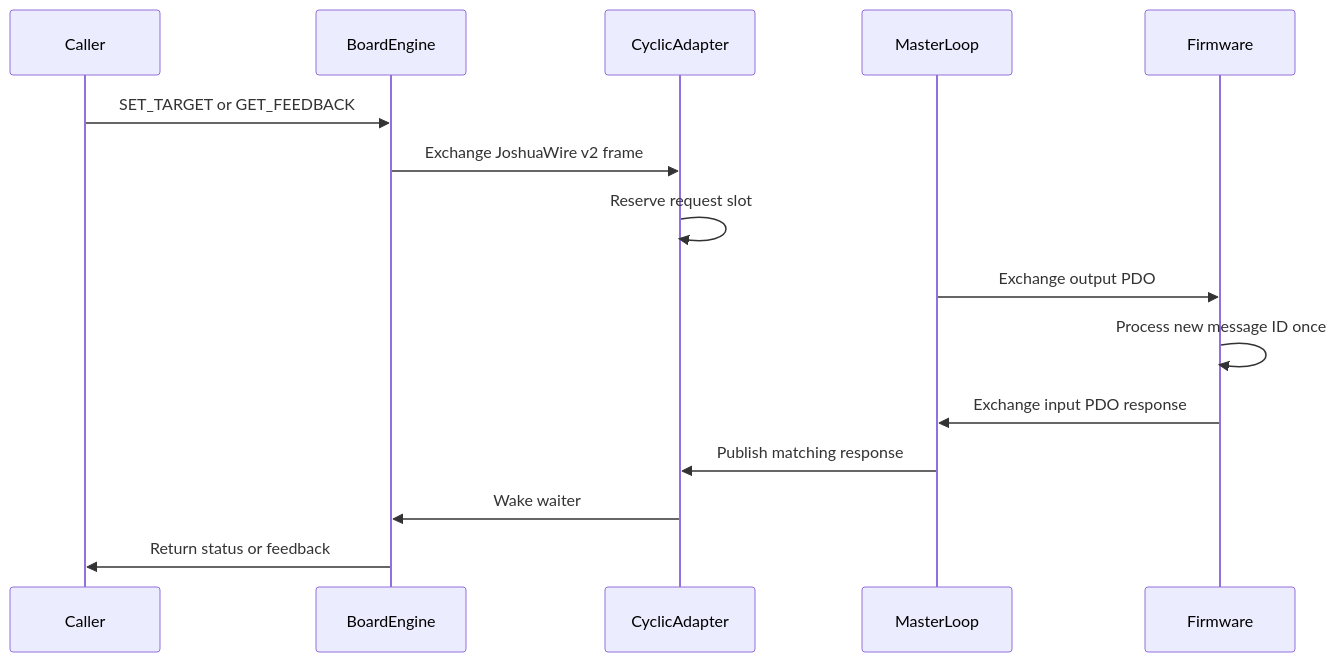
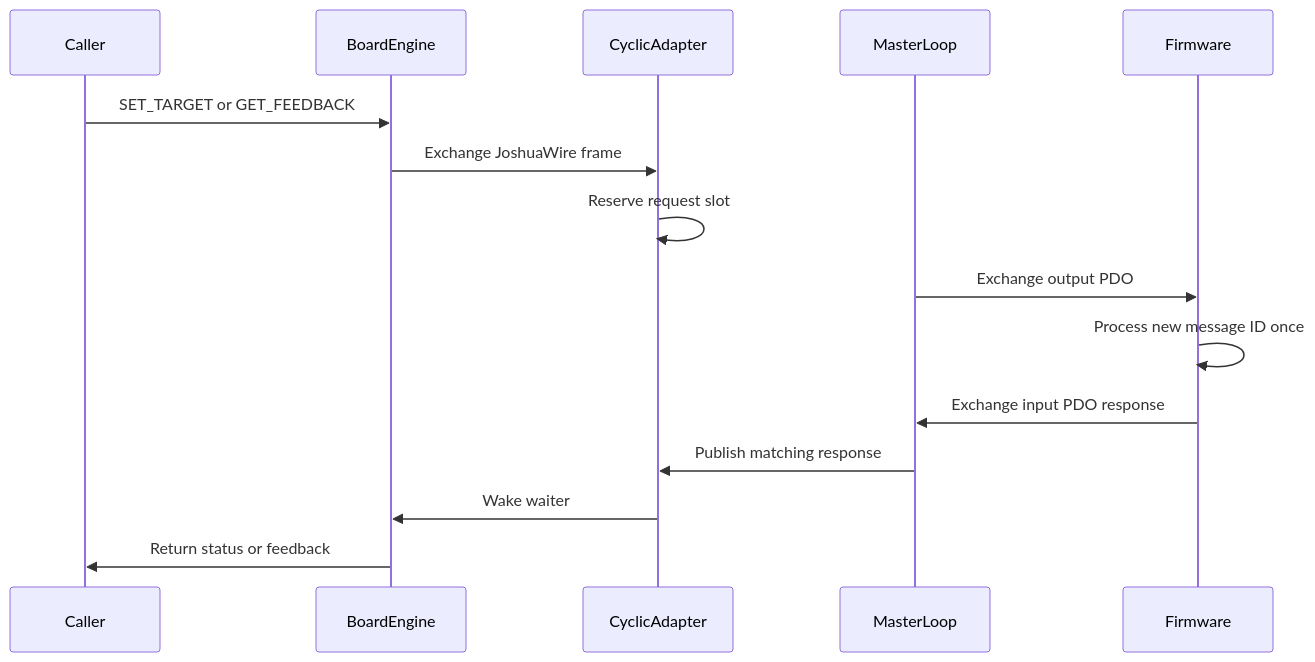
One commit to Joshua-AI-Robotics/Joshua changed the first of 2 diagrams in docs/BOARD_COMM_SEPARATION_PLAN.md. Above: the diagram before and after it, drawn with Mermaid. The commit also changed other lines of this file and 88 other files, not shown here.

````diff
--- a/docs/BOARD_COMM_SEPARATION_PLAN.md
+++ b/docs/BOARD_COMM_SEPARATION_PLAN.md
@@ -186,18 +186,18 @@
 ```mermaid
 sequenceDiagram
   participant Caller
   participant BoardEngine
   participant CyclicAdapter
   participant MasterLoop
   participant Firmware
 
   Caller->>BoardEngine: SET_TARGET or GET_FEEDBACK
-  BoardEngine->>CyclicAdapter: Exchange JoshuaWire v2 frame
+  BoardEngine->>CyclicAdapter: Exchange JoshuaWire frame
   CyclicAdapter->>CyclicAdapter: Reserve request slot
   MasterLoop->>Firmware: Exchange output PDO
   Firmware->>Firmware: Process new message ID once
   Firmware->>MasterLoop: Exchange input PDO response
   MasterLoop->>CyclicAdapter: Publish matching response
   CyclicAdapter->>BoardEngine: Wake waiter
   BoardEngine->>Caller: Return status or feedback
 ```
````
